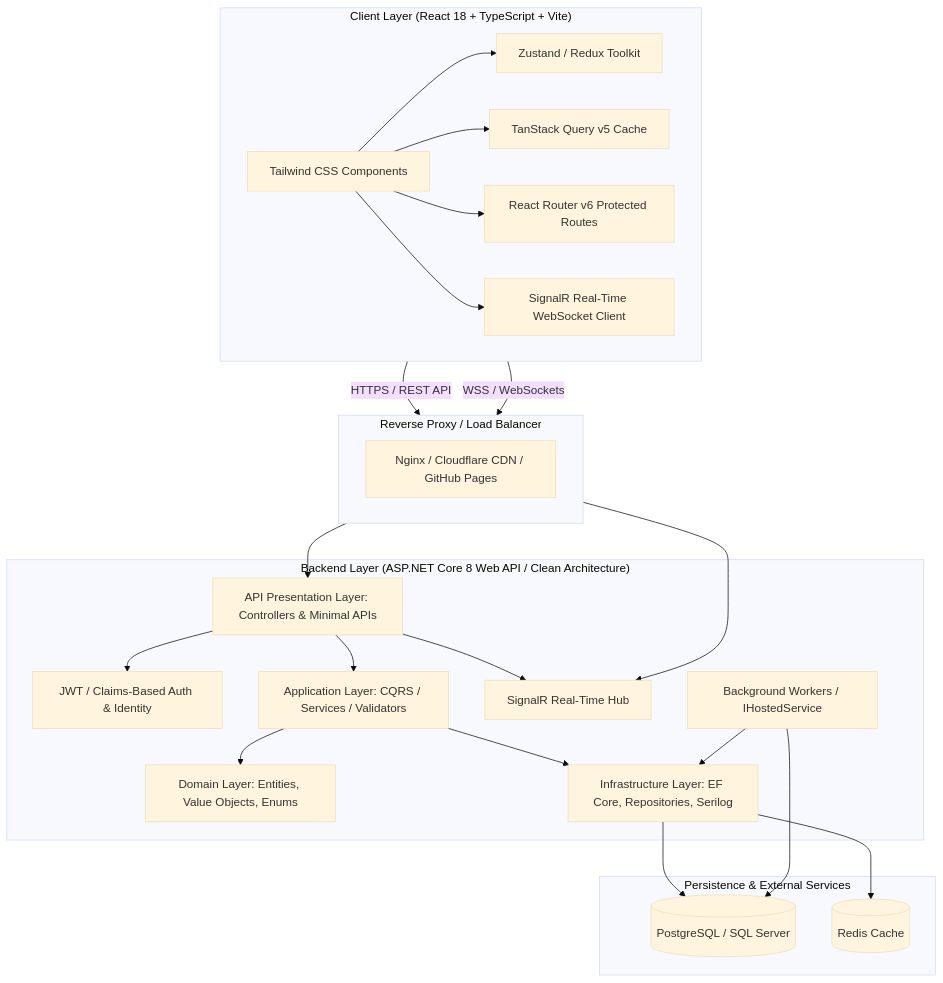
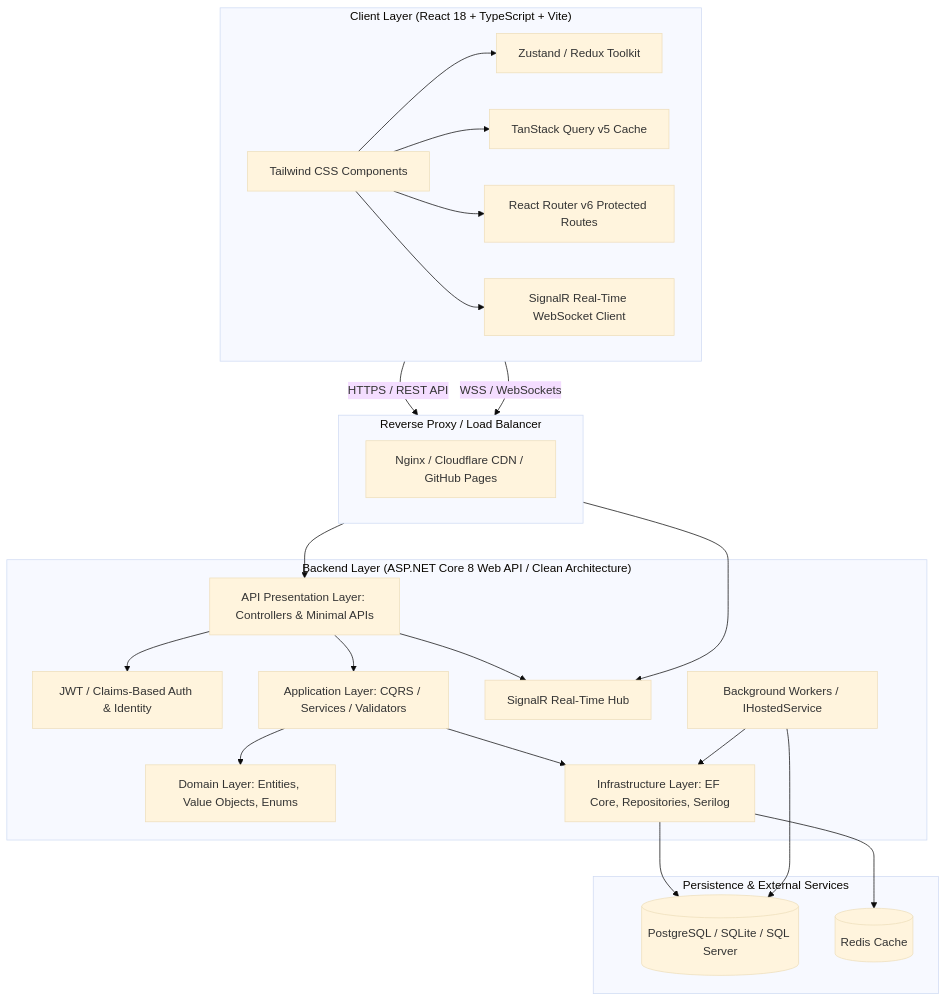
Before and after one commit to HiggsGaama/C-FS: the diagram in README.md, drawn with Mermaid (base theme). The commit also changed other lines of this file and 61 other files, not shown here.

````diff
--- a/README.md
+++ b/README.md
@@ -61,48 +9,48 @@
 ```mermaid
 graph TB
     subgraph Client ["Client Layer (React 18 + TypeScript + Vite)"]
         UI[Tailwind CSS Components]
         State[Zustand / Redux Toolkit]
         Query[TanStack Query v5 Cache]
         Router[React Router v6 Protected Routes]
         SigClient[SignalR Real-Time WebSocket Client]
         UI --> State
         UI --> Query
         UI --> Router
         UI --> SigClient
     end
 
     subgraph Gateway ["Reverse Proxy / Load Balancer"]
         Nginx[Nginx / Cloudflare CDN / GitHub Pages]
     end
 
     subgraph Backend ["Backend Layer (ASP.NET Core 8 Web API / Clean Architecture)"]
         API[API Presentation Layer: Controllers & Minimal APIs]
         Auth[JWT / Claims-Based Auth & Identity]
         AppCore[Application Layer: CQRS / Services / Validators]
         Domain[Domain Layer: Entities, Value Objects, Enums]
         Infra[Infrastructure Layer: EF Core, Repositories, Serilog]
         SigHub[SignalR Real-Time Hub]
         Workers[Background Workers / IHostedService]
 
         API --> Auth
         API --> AppCore
         AppCore --> Domain
         AppCore --> Infra
         API --> SigHub
         Workers --> Infra
     end
 
     subgraph Persistence ["Persistence & External Services"]
-        DB[(PostgreSQL / SQL Server)]
+        DB[(PostgreSQL / SQLite / SQL Server)]
         Cache[(Redis Cache)]
     end
 
     Client -->|HTTPS / REST API| Gateway
     Client -->|WSS / WebSockets| Gateway
     Gateway --> API
     Gateway --> SigHub
     Infra --> DB
     Workers --> DB
     Infra --> Cache
 ```
````
